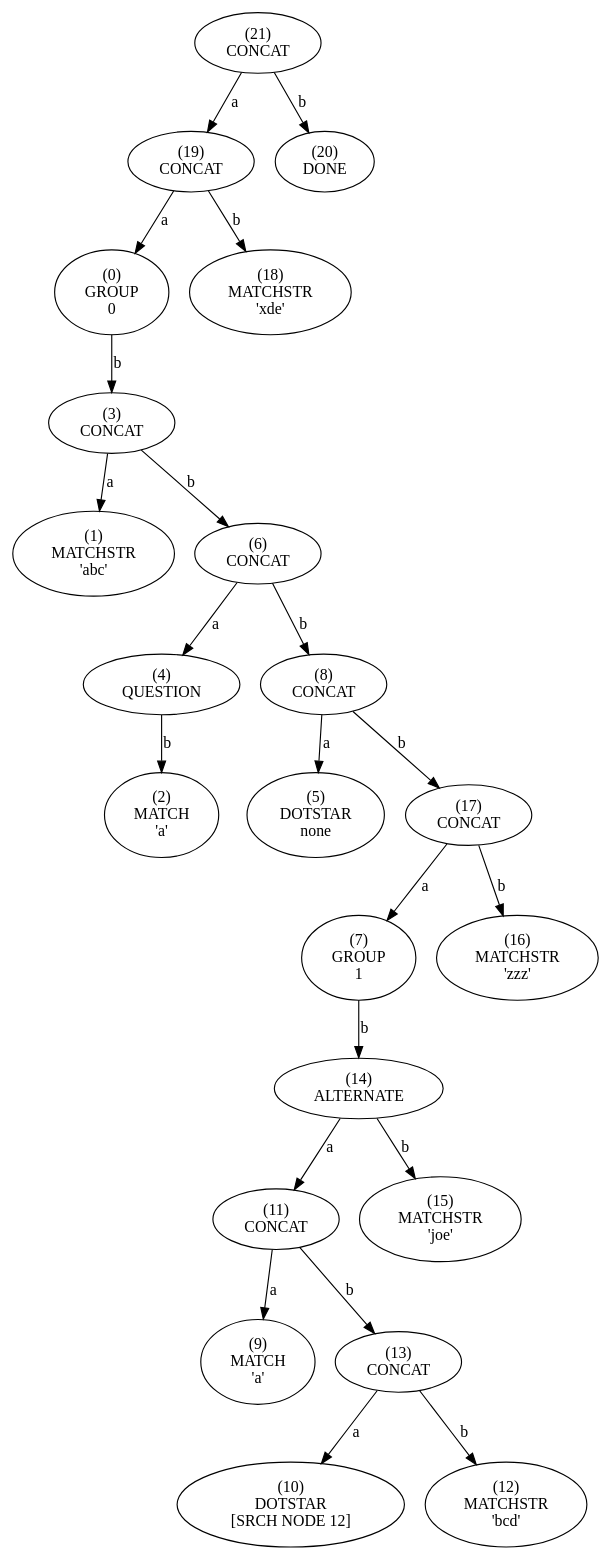
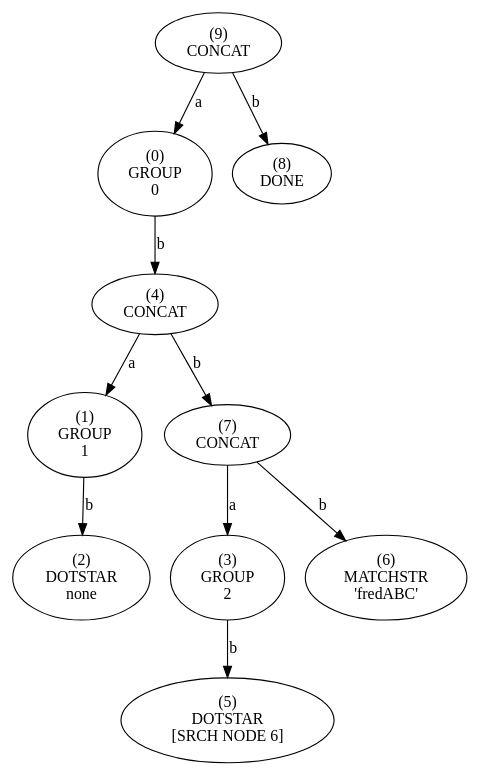
The diagram in tree/lee.dot (essele/rele), drawn with Graphviz before and after one commit. The commit also changed 6 other files, not shown here.

```diff
--- a/tree/lee.dot
+++ b/tree/lee.dot
@@ -1,89 +1,41 @@
 digraph tree {
-    n0xb28a2a969580 [label="(21)
+    n0xb3c46e557400 [label="(9)
 CONCAT
 "];
-    n0xb28a2a969580 -> n0xb28a2a969540 [label="a"];
-    n0xb28a2a969540 [label="(19)
+    n0xb3c46e557400 -> n0xb3c46e5572e0 [label="a"];
+    n0xb3c46e5572e0 [label="(0)
+GROUP
+0"];
+    n0xb3c46e5572e0 -> n0xb3c46e557360 [label="b"];
+    n0xb3c46e557360 [label="(4)
 CONCAT
 "];
-    n0xb28a2a969540 -> n0xb28a2a9692e0 [label="a"];
-    n0xb28a2a9692e0 [label="(0)
+    n0xb3c46e557360 -> n0xb3c46e557300 [label="a"];
+    n0xb3c46e557300 [label="(1)
 GROUP
-0"];
-    n0xb28a2a9692e0 -> n0xb28a2a969340 [label="b"];
-    n0xb28a2a969340 [label="(3)
+1"];
+    n0xb3c46e557300 -> n0xb3c46e557320 [label="b"];
+    n0xb3c46e557320 [label="(2)
+DOTSTAR
+none"];
+    n0xb3c46e557360 -> n0xb3c46e5573c0 [label="b"];
+    n0xb3c46e5573c0 [label="(7)
 CONCAT
 "];
-    n0xb28a2a969340 -> n0xb28a2a969300 [label="a"];
-    n0xb28a2a969300 [label="(1)
+    n0xb3c46e5573c0 -> n0xb3c46e557340 [label="a"];
+    n0xb3c46e557340 [label="(3)
+GROUP
+2"];
+    n0xb3c46e557340 -> n0xb3c46e557380 [label="b"];
+    n0xb3c46e557380 [label="(5)
+DOTSTAR
+[SRCH NODE 6]"];
+    n0xb3c46e5573c0 -> n0xb3c46e5573a0 [label="b"];
+    n0xb3c46e5573a0 [label="(6)
 MATCHSTR
-'abc'"];
-    n0xb28a2a969340 -> n0xb28a2a9693a0 [label="b"];
-    n0xb28a2a9693a0 [label="(6)
-CONCAT
-"];
-    n0xb28a2a9693a0 -> n0xb28a2a969360 [label="a"];
-    n0xb28a2a969360 [label="(4)
-QUESTION
-"];
-    n0xb28a2a969360 -> n0xb28a2a969320 [label="b"];
-    n0xb28a2a969320 [label="(2)
-MATCH
-'a'"];
-    n0xb28a2a9693a0 -> n0xb28a2a9693e0 [label="b"];
-    n0xb28a2a9693e0 [label="(8)
-CONCAT
-"];
-    n0xb28a2a9693e0 -> n0xb28a2a969380 [label="a"];
-    n0xb28a2a969380 [label="(5)
-DOTSTAR
-none"];
-    n0xb28a2a9693e0 -> n0xb28a2a969500 [label="b"];
-    n0xb28a2a969500 [label="(17)
-CONCAT
-"];
-    n0xb28a2a969500 -> n0xb28a2a9693c0 [label="a"];
-    n0xb28a2a9693c0 [label="(7)
-GROUP
-1"];
-    n0xb28a2a9693c0 -> n0xb28a2a9694a0 [label="b"];
-    n0xb28a2a9694a0 [label="(14)
-ALTERNATE
-"];
-    n0xb28a2a9694a0 -> n0xb28a2a969440 [label="a"];
-    n0xb28a2a969440 [label="(11)
-CONCAT
-"];
-    n0xb28a2a969440 -> n0xb28a2a969400 [label="a"];
-    n0xb28a2a969400 [label="(9)
-MATCH
-'a'"];
-    n0xb28a2a969440 -> n0xb28a2a969480 [label="b"];
-    n0xb28a2a969480 [label="(13)
-CONCAT
-"];
-    n0xb28a2a969480 -> n0xb28a2a969420 [label="a"];
-    n0xb28a2a969420 [label="(10)
-DOTSTAR
-[SRCH NODE 12]"];
-    n0xb28a2a969480 -> n0xb28a2a969460 [label="b"];
-    n0xb28a2a969460 [label="(12)
-MATCHSTR
-'bcd'"];
-    n0xb28a2a9694a0 -> n0xb28a2a9694c0 [label="b"];
-    n0xb28a2a9694c0 [label="(15)
-MATCHSTR
-'joe'"];
-    n0xb28a2a969500 -> n0xb28a2a9694e0 [label="b"];
-    n0xb28a2a9694e0 [label="(16)
-MATCHSTR
-'zzz'"];
-    n0xb28a2a969540 -> n0xb28a2a969520 [label="b"];
-    n0xb28a2a969520 [label="(18)
-MATCHSTR
-'xde'"];
-    n0xb28a2a969580 -> n0xb28a2a969560 [label="b"];
-    n0xb28a2a969560 [label="(20)
+'fredABC'"];
+    n0xb3c46e557400 -> n0xb3c46e5573e0 [label="b"];
+    n0xb3c46e5573e0 [label="(8)
 DONE
 "];
 }
```
